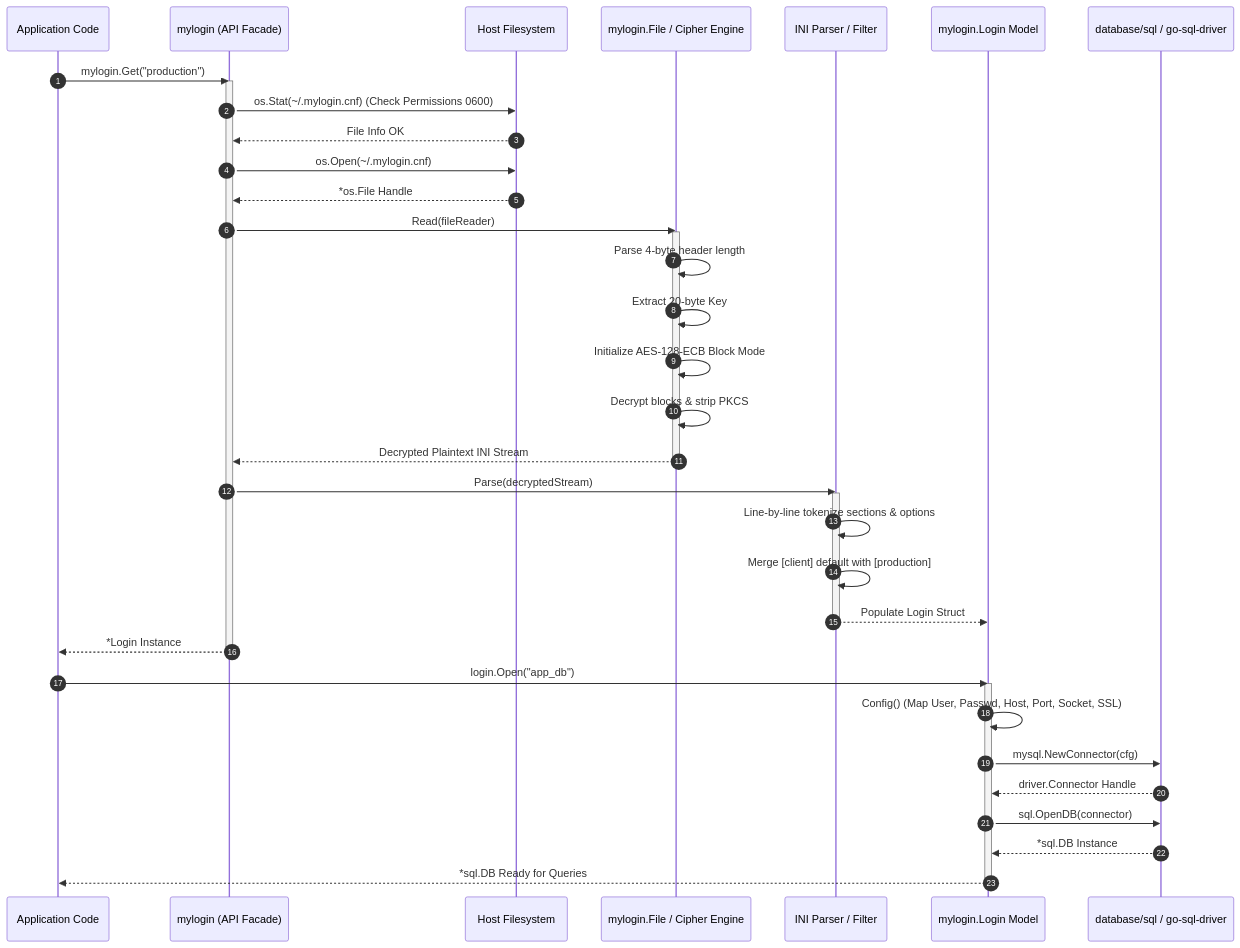
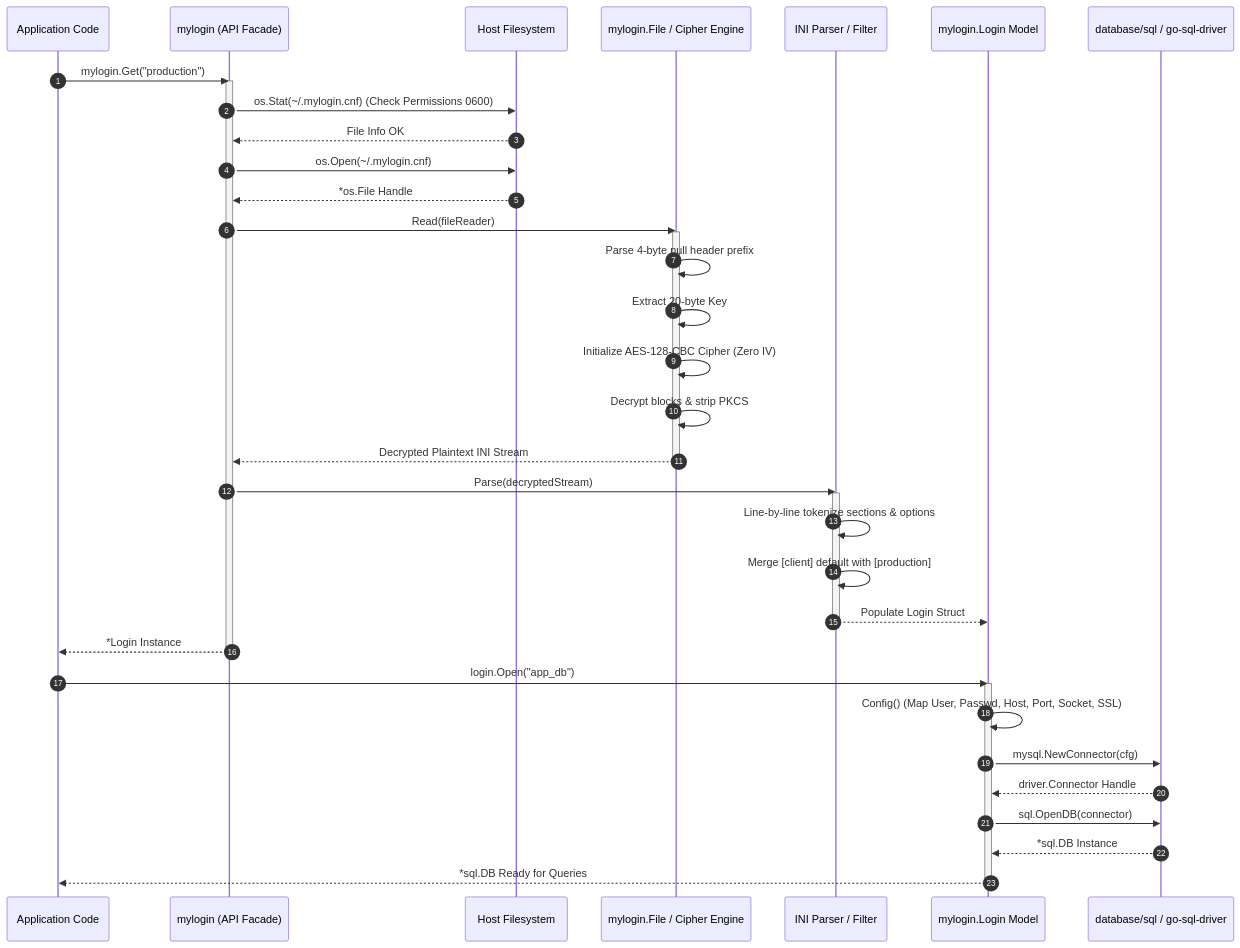
Before and after one commit to edsilegxrepo/mylogin: the second of 4 diagrams in ARCHITECTURE.md, drawn with Mermaid. The commit also changed other lines of this file and 2 other files, not shown here.

Commit message:
docs: reconcile README, ARCHITECTURE, and TESTING documentation with codebase

````diff
--- a/ARCHITECTURE.md
+++ b/ARCHITECTURE.md
@@ -139,44 +139,44 @@
 ```mermaid
 sequenceDiagram
     autonumber
     participant App as Application Code
     participant API as mylogin (API Facade)
     participant FS as Host Filesystem
     participant Engine as mylogin.File / Cipher Engine
     participant Parser as INI Parser / Filter
     participant Model as mylogin.Login Model
     participant Driver as database/sql / go-sql-driver
 
     App->>API: mylogin.Get("production")
     activate API
     API->>FS: os.Stat(~/.mylogin.cnf) (Check Permissions 0600)
     FS-->>API: File Info OK
     API->>FS: os.Open(~/.mylogin.cnf)
     FS-->>API: *os.File Handle
     API->>Engine: Read(fileReader)
     activate Engine
-    Engine->>Engine: Parse 4-byte header length
+    Engine->>Engine: Parse 4-byte null header prefix
     Engine->>Engine: Extract 20-byte Key
-    Engine->>Engine: Initialize AES-128-ECB Block Mode
+    Engine->>Engine: Initialize AES-128-CBC Cipher (Zero IV)
     Engine->>Engine: Decrypt blocks & strip PKCS#7 padding
     Engine-->>API: Decrypted Plaintext INI Stream
     deactivate Engine
     API->>Parser: Parse(decryptedStream)
     activate Parser
     Parser->>Parser: Line-by-line tokenize sections & options
     Parser->>Parser: Merge [client] default with [production]
     Parser-->>Model: Populate Login Struct
     deactivate Parser
     API-->>App: *Login Instance
     deactivate API
 
     App->>Model: login.Open("app_db")
     activate Model
     Model->>Model: Config() (Map User, Passwd, Host, Port, Socket, SSL)
     Model->>Driver: mysql.NewConnector(cfg)
     Driver-->>Model: driver.Connector Handle
     Model->>Driver: sql.OpenDB(connector)
     Driver-->>Model: *sql.DB Instance
     Model-->>App: *sql.DB Ready for Queries
     deactivate Model
 ```
````
